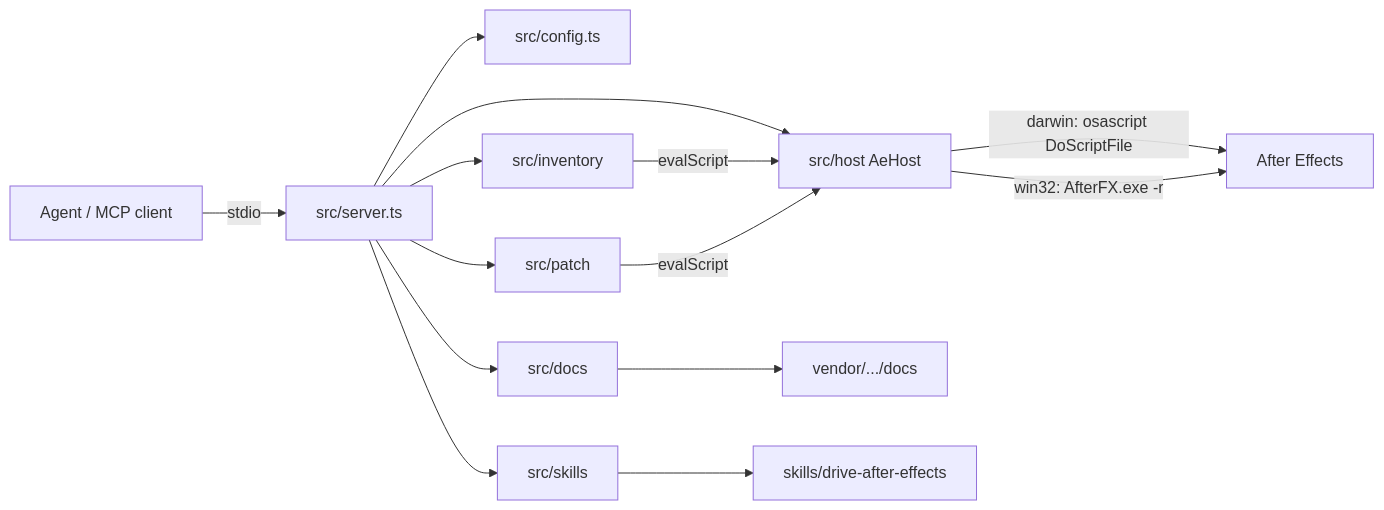
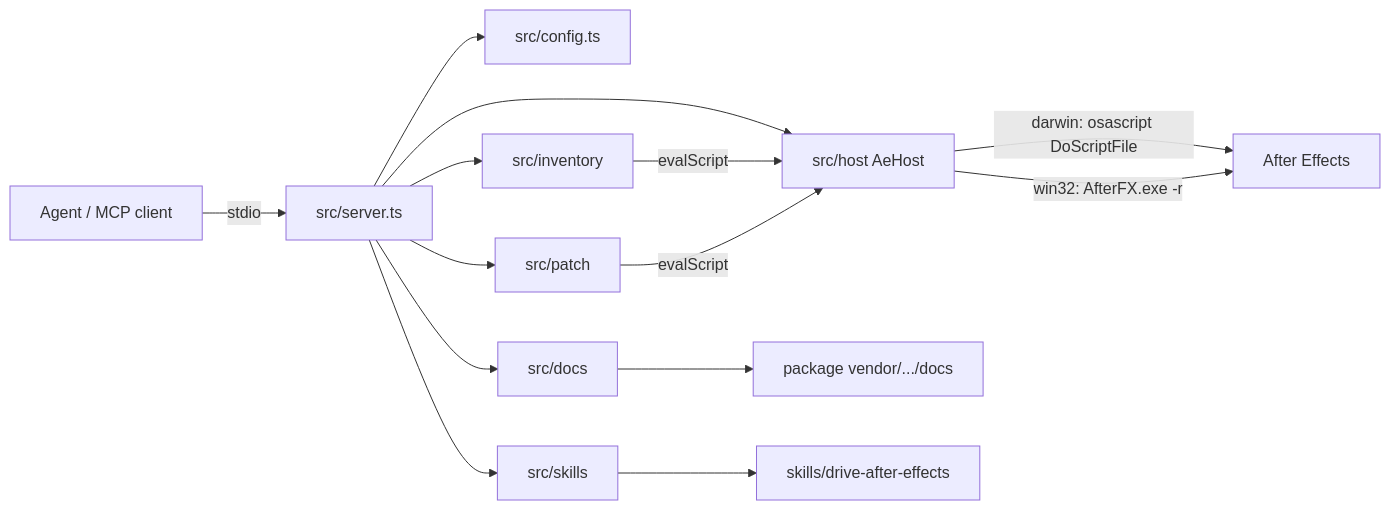
One commit to alphacornutum/layercake changed the diagram in ARCHITECTURE.md. Above: the diagram before and after it, drawn with Mermaid. The commit also changed other lines of this file and 24 other files, not shown here.

````diff
--- a/ARCHITECTURE.md
+++ b/ARCHITECTURE.md
@@ -9,16 +9,16 @@
 ```mermaid
 flowchart LR
   Agent[Agent / MCP client] -->|stdio| Server[src/server.ts]
   Server --> Config[src/config.ts]
   Server --> Host[src/host AeHost]
   Server --> Inventory[src/inventory]
   Server --> Patch[src/patch]
   Server --> Docs[src/docs]
   Server --> Skills[src/skills]
   Inventory -->|evalScript| Host
   Patch -->|evalScript| Host
   Host -->|darwin: osascript DoScriptFile| AE[After Effects]
   Host -->|win32: AfterFX.exe -r| AE
-  Docs --> Corpus[vendor/.../docs]
+  Docs --> Corpus[package vendor/.../docs]
   Skills --> SkillTree[skills/drive-after-effects]
 ```
````
